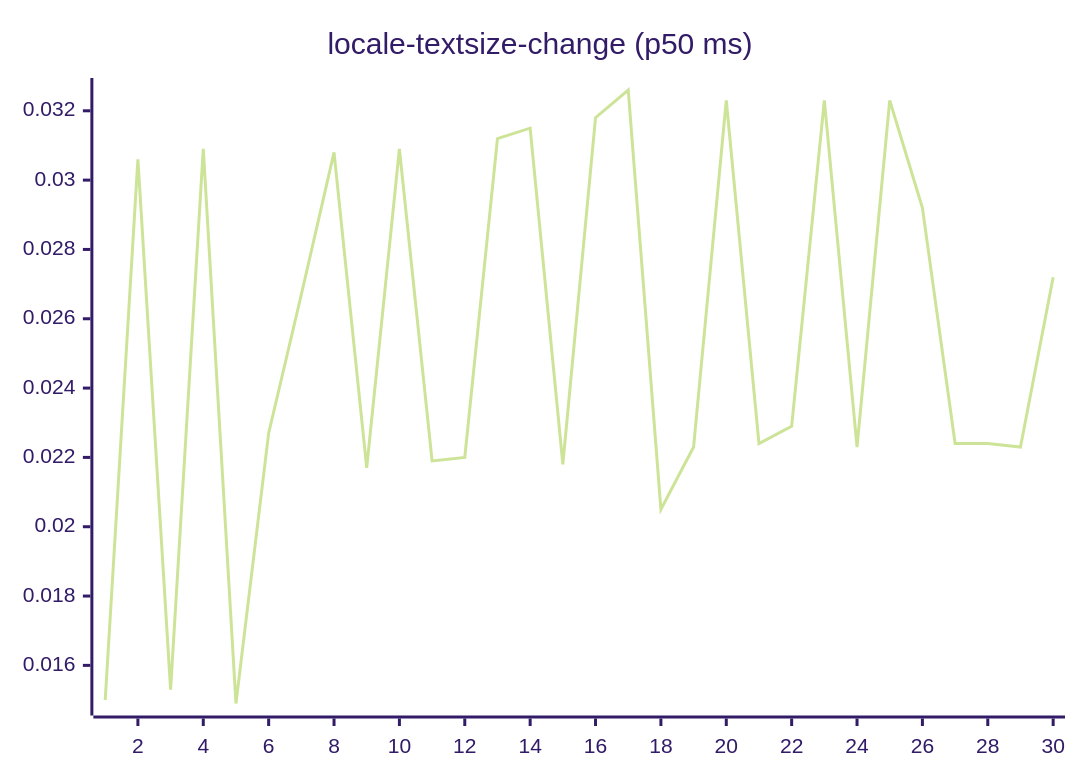
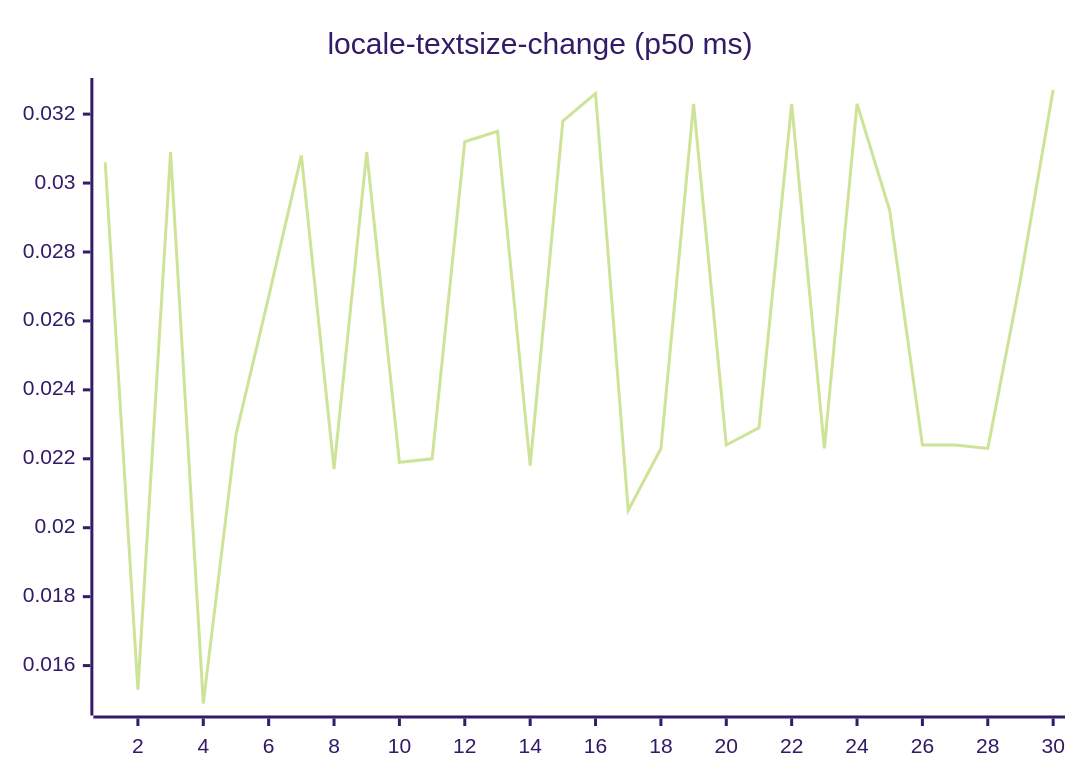
Diagram 13 of 27 in README.md (josha/Facet), drawn with Mermaid (forest theme) before and after one commit. The commit also changed other lines of this file and 2 other files, not shown here.

````diff
--- a/README.md
+++ b/README.md
@@ -147,6 +147,6 @@
 ```mermaid
 xychart-beta
     title "locale-textsize-change (p50 ms)"
     x-axis 1 --> 30
-    line [0.0150, 0.0306, 0.0153, 0.0309, 0.0149, 0.0227, 0.0267, 0.0308, 0.0217, 0.0309, 0.0219, 0.0220, 0.0312, 0.0315, 0.0218, 0.0318, 0.0326, 0.0205, 0.0223, 0.0323, 0.0224, 0.0229, 0.0323, 0.0223, 0.0323, 0.0292, 0.0224, 0.0224, 0.0223, 0.0272]
+    line [0.0306, 0.0153, 0.0309, 0.0149, 0.0227, 0.0267, 0.0308, 0.0217, 0.0309, 0.0219, 0.0220, 0.0312, 0.0315, 0.0218, 0.0318, 0.0326, 0.0205, 0.0223, 0.0323, 0.0224, 0.0229, 0.0323, 0.0223, 0.0323, 0.0292, 0.0224, 0.0224, 0.0223, 0.0272, 0.0327]
 ```
````
